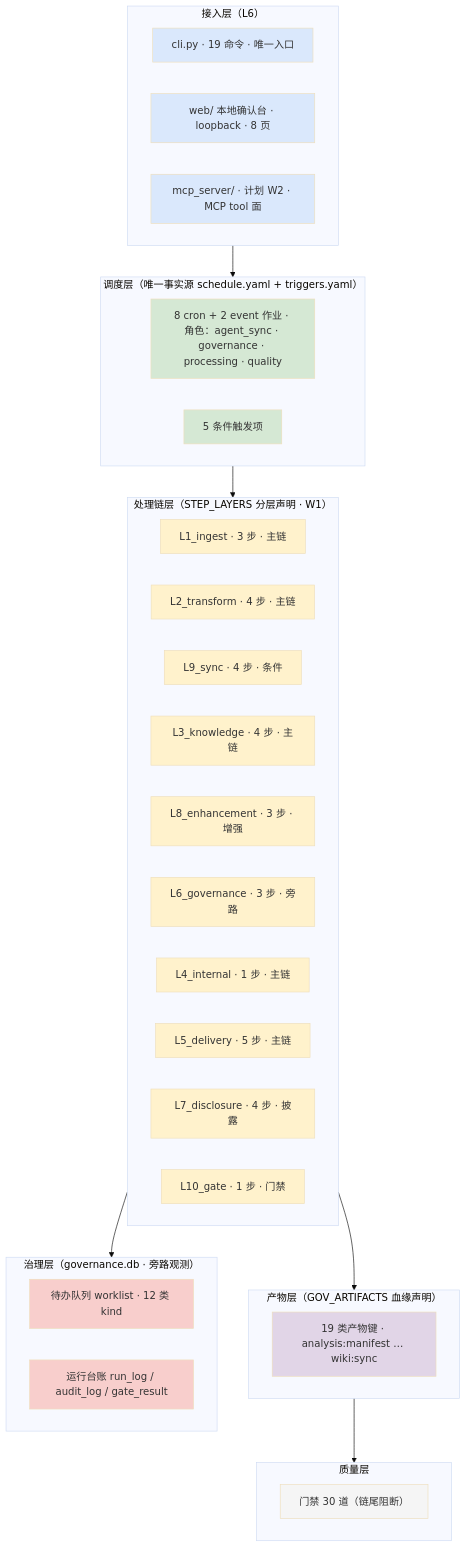
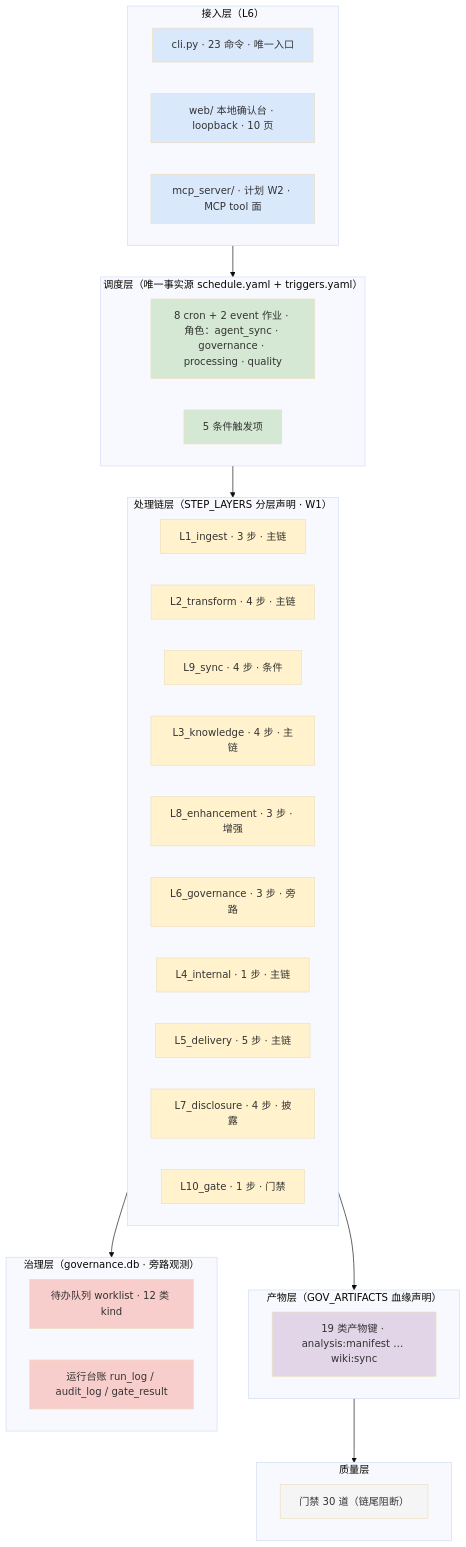
One commit to wangtierui/orchestrator changed the third of 4 diagrams in README.md. Above: the diagram before and after it, drawn with Mermaid (base theme). The commit also changed other lines of this file and 9 other files, not shown here.

First line of the commit message:
feat(console): 新增政策法规/公司制度/关系图谱三页 + 检索相关性根治（第一百一十批）

````diff
--- a/README.md
+++ b/README.md
@@ -260,58 +260,58 @@
 ```mermaid
 flowchart TB
   subgraph ACC[接入层（L6）]
-    CLI[cli.py · 19 命令 · 唯一入口]
-    WEB[web/ 本地确认台 · loopback · 8 页]
+    CLI[cli.py · 23 命令 · 唯一入口]
+    WEB[web/ 本地确认台 · loopback · 10 页]
     MCP[mcp_server/ · 计划 W2 · MCP tool 面]
   end
   subgraph SCHED[调度层（唯一事实源 schedule.yaml + triggers.yaml）]
     JOB[8 cron + 2 event 作业 · 角色：agent_sync · governance · processing · quality]
     TRG[5 条件触发项]
   end
   subgraph CHAIN[处理链层（STEP_LAYERS 分层声明 · W1）]
     L1ingest[L1_ingest · 3 步 · 主链]
     L2transform[L2_transform · 4 步 · 主链]
     L9sync[L9_sync · 4 步 · 条件]
     L3knowledge[L3_knowledge · 4 步 · 主链]
     L8enhancement[L8_enhancement · 3 步 · 增强]
     L6governance[L6_governance · 3 步 · 旁路]
     L4internal[L4_internal · 1 步 · 主链]
     L5delivery[L5_delivery · 5 步 · 主链]
     L7disclosure[L7_disclosure · 4 步 · 披露]
     L10gate[L10_gate · 1 步 · 门禁]
   end
   subgraph ART[产物层（GOV_ARTIFACTS 血缘声明）]
     ARTN[19 类产物键 · analysis:manifest … wiki:sync]
   end
   subgraph GOV[治理层（governance.db · 旁路观测）]
     WL[待办队列 worklist · 12 类 kind]
     LED[运行台账 run_log / audit_log / gate_result]
   end
   subgraph QUAL[质量层]
     GATES[门禁 30 道（链尾阻断）]
   end
   ACC --> SCHED --> CHAIN --> ART
   CHAIN --> GOV
   ART --> QUAL
   classDef acc fill:#dae8fc
   classDef sched fill:#d5e8d4
   classDef chain fill:#fff2cc
   classDef art fill:#e1d5e7
   classDef gov fill:#f8cecc
   classDef qual fill:#f5f5f5
   class CLI,WEB,MCP acc
   class JOB,TRG sched
   class L1ingest chain
   class L2transform chain
   class L9sync chain
   class L3knowledge chain
   class L8enhancement chain
   class L6governance chain
   class L4internal chain
   class L5delivery chain
   class L7disclosure chain
   class L10gate chain
   class ARTN art
   class WL,LED gov
   class GATES qual
 ```
````
